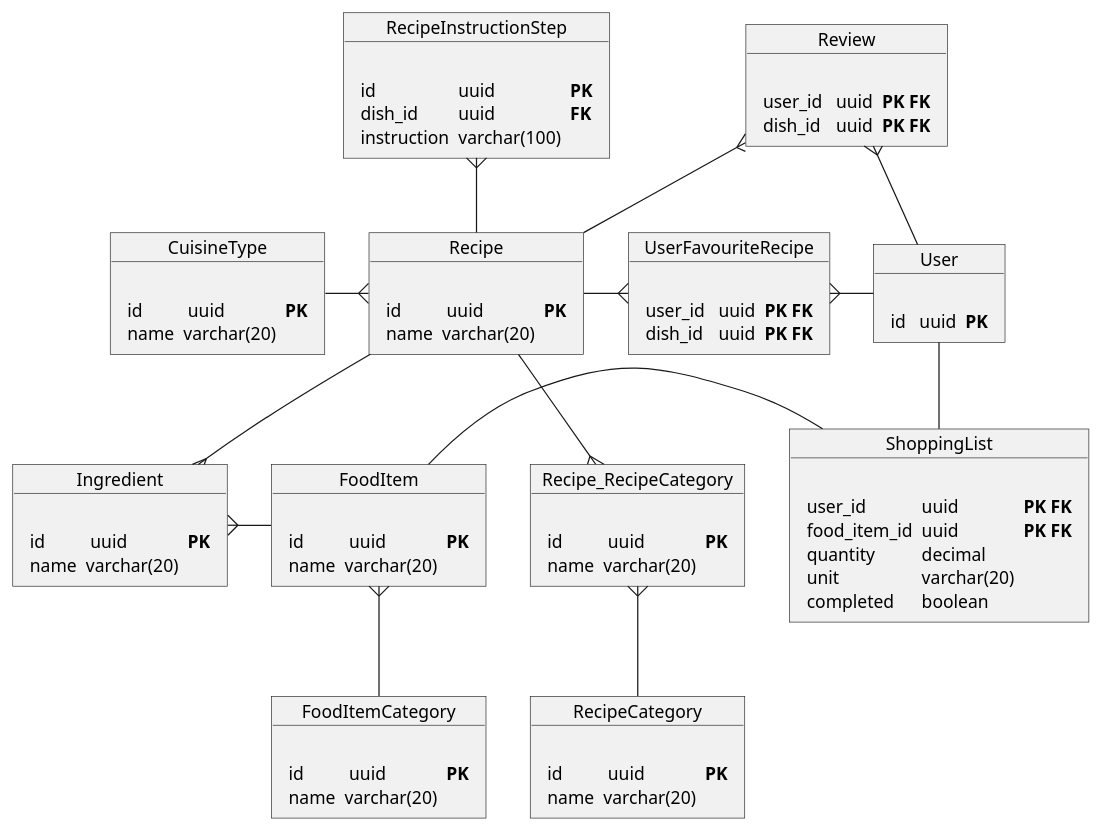
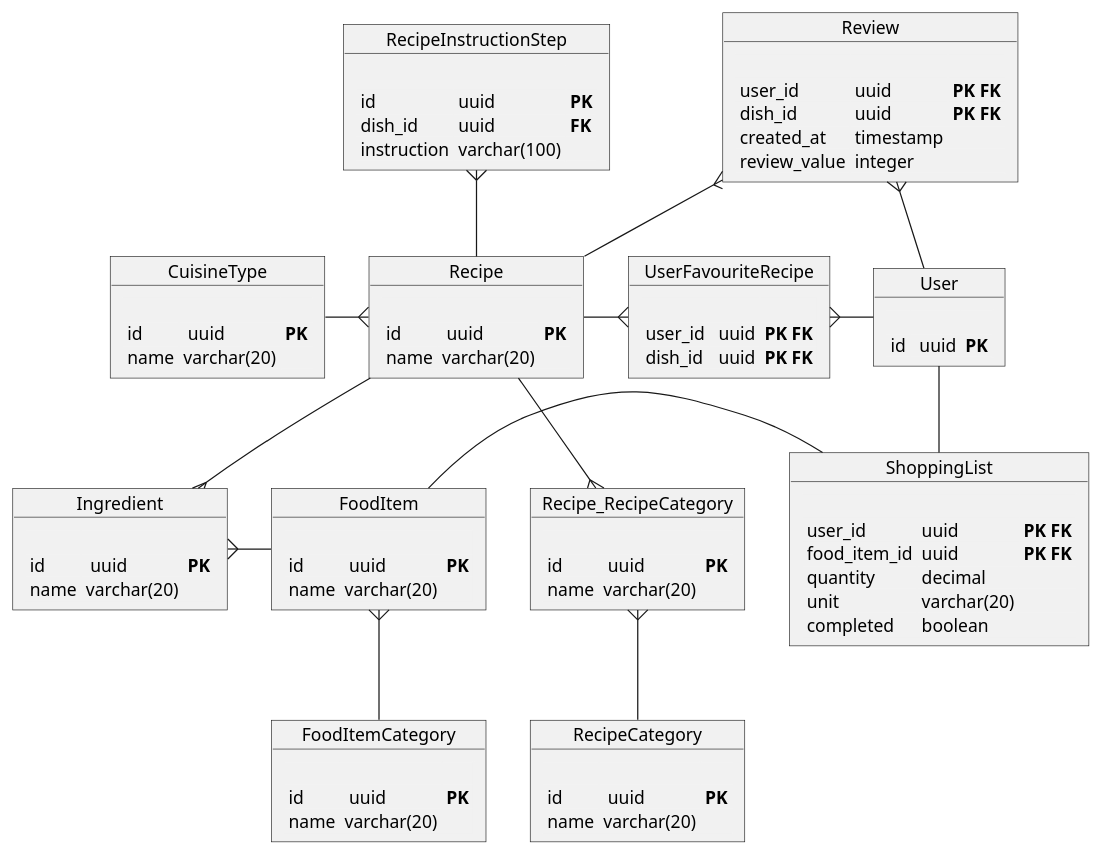
One commit to oskarski/inzynierka changed the diagram in docs/db-schema.puml. Above: the diagram before and after it, drawn with PlantUML.

Commit message:
defined `Review` schema

```diff
--- a/docs/db-schema.puml
+++ b/docs/db-schema.puml
@@ -1,90 +1,92 @@
 @startuml
 object Recipe {
     <#F1F1F1,#F1F1F1>|= |= |= |
     | id |  uuid | **PK** |
     | name | varchar(20) |
 }
 
 object RecipeInstructionStep {
     <#F1F1F1,#F1F1F1>|= |= |= |
     | id | uuid | **PK** |
     | dish_id | uuid | **FK** |
     | instruction | varchar(100) |
 }
 
 object Ingredient {
   <#F1F1F1,#F1F1F1>|= |= |= |
     | id |  uuid | **PK** |
     | name | varchar(20) |
 }
 
 object FoodItem {
   <#F1F1F1,#F1F1F1>|= |= |= |
     | id |  uuid | **PK** |
     | name | varchar(20) |
 }
 
 object FoodItemCategory {
   <#F1F1F1,#F1F1F1>|= |= |= |
     | id |  uuid | **PK** |
     | name | varchar(20) |
 }
 
 object CuisineType {
     <#F1F1F1,#F1F1F1>|= |= |= |
     | id |  uuid | **PK** |
     | name | varchar(20) |
 }
 
 object RecipeCategory {
     <#F1F1F1,#F1F1F1>|= |= |= |
     | id |  uuid | **PK** |
     | name | varchar(20) |
 }
 
 object Recipe_RecipeCategory {
     <#F1F1F1,#F1F1F1>|= |= |= |
     | id |  uuid | **PK** |
     | name | varchar(20) |
 }
 
 object User {
     <#F1F1F1,#F1F1F1>|= |= |= |
     | id |  uuid | **PK** |
 }
 
 object UserFavouriteRecipe {
     <#F1F1F1,#F1F1F1>|= |= |= |
     | user_id |  uuid | **PK FK** |
     | dish_id |  uuid | **PK FK** |
 }
 
 object Review {
     <#F1F1F1,#F1F1F1>|= |= |= |
-    | user_id |  uuid | **PK FK** |
-    | dish_id |  uuid | **PK FK** |
+    | user_id | uuid | **PK FK** |
+    | dish_id | uuid | **PK FK** |
+    | created_at | timestamp | |
+    | review_value | integer | |
 }
 
 object ShoppingList {
     <#F1F1F1,#F1F1F1>|= |= |= |
     | user_id | uuid | **PK FK** |
     | food_item_id | uuid | **PK FK** |
     | quantity | decimal | |
     | unit | varchar(20) | |
     | completed | boolean | |
 }
 
 Recipe -down-{ Ingredient
 RecipeInstructionStep }-- Recipe
 Ingredient }-right- FoodItem
 FoodItem }-- FoodItemCategory
 Recipe }-left- CuisineType
 Recipe --{ Recipe_RecipeCategory
 Recipe_RecipeCategory }-- RecipeCategory
 Recipe -right-{ UserFavouriteRecipe
 UserFavouriteRecipe }-right- User
 Recipe -up-{ Review
 Review }-down- User
 User -- ShoppingList
 ShoppingList -left- FoodItem
 @enduml
```
